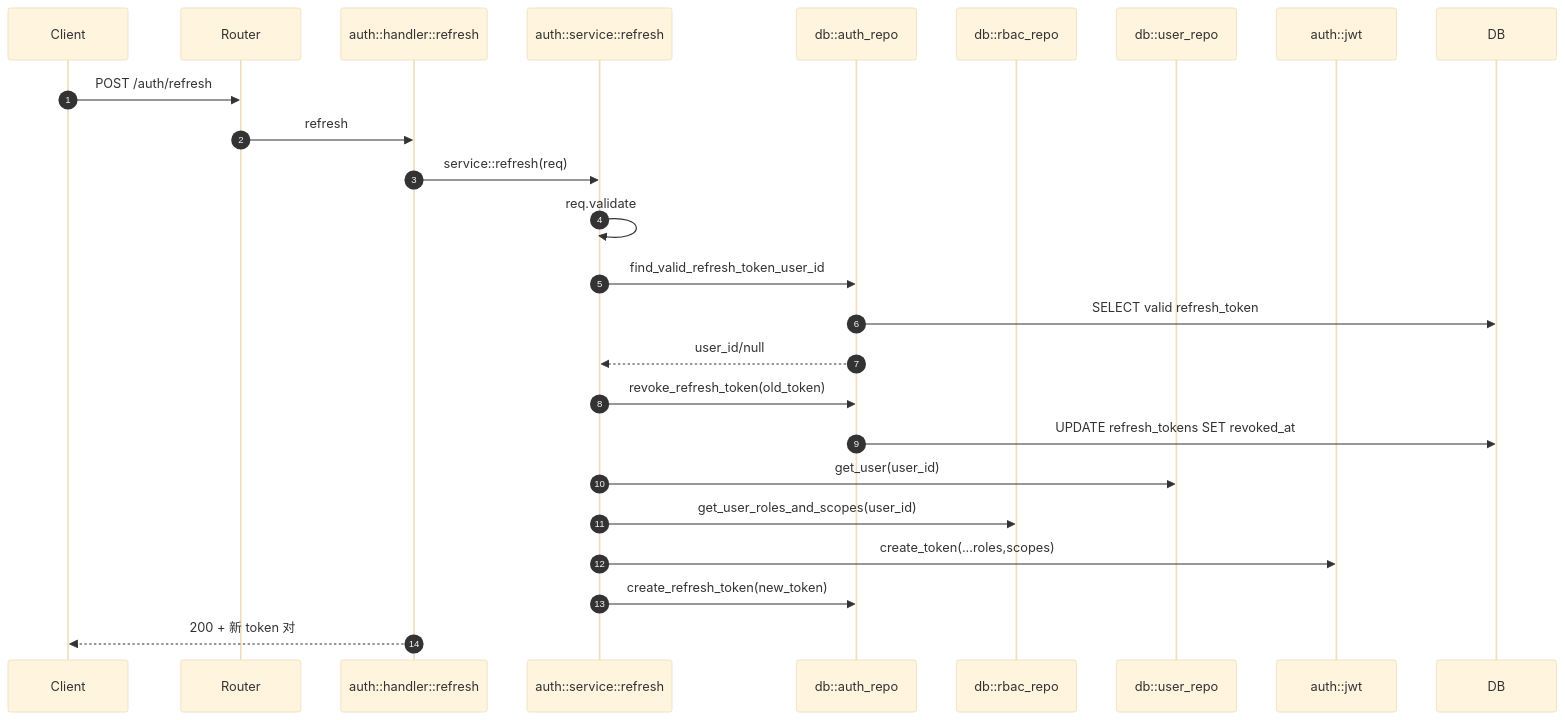
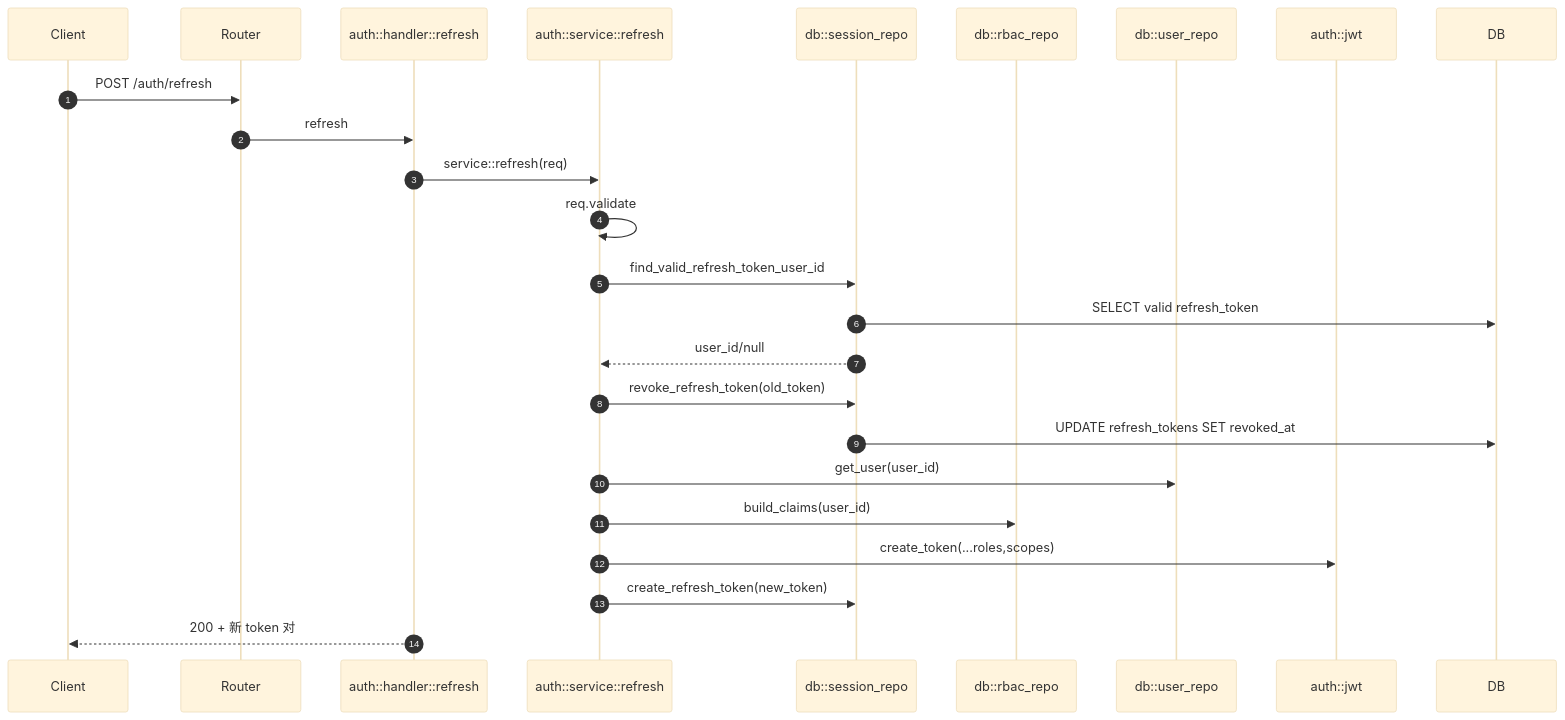
Before and after one commit to jianghs/babyegg-serve: the eighth of 9 diagrams in README.md, drawn with Mermaid (base theme). The commit also changed other lines of this file and 1 other file, not shown here.

Commit message:
docs(readme): sync auth and rbac architecture notes

````diff
--- a/README.md
+++ b/README.md
@@ -259,28 +305,28 @@
 ```mermaid
 sequenceDiagram
     autonumber
     participant Client
     participant Router
     participant Handler as auth::handler::refresh
     participant Service as auth::service::refresh
-    participant AuthRepo as db::auth_repo
+    participant SessionRepo as db::session_repo
     participant RbacRepo as db::rbac_repo
     participant UserRepo as db::user_repo
     participant Jwt as auth::jwt
     participant DB
 
     Client->>Router: POST /auth/refresh
     Router->>Handler: refresh
     Handler->>Service: service::refresh(req)
     Service->>Service: req.validate
-    Service->>AuthRepo: find_valid_refresh_token_user_id
-    AuthRepo->>DB: SELECT valid refresh_token
-    AuthRepo-->>Service: user_id/null
-    Service->>AuthRepo: revoke_refresh_token(old_token)
-    AuthRepo->>DB: UPDATE refresh_tokens SET revoked_at
+    Service->>SessionRepo: find_valid_refresh_token_user_id
+    SessionRepo->>DB: SELECT valid refresh_token
+    SessionRepo-->>Service: user_id/null
+    Service->>SessionRepo: revoke_refresh_token(old_token)
+    SessionRepo->>DB: UPDATE refresh_tokens SET revoked_at
     Service->>UserRepo: get_user(user_id)
-    Service->>RbacRepo: get_user_roles_and_scopes(user_id)
+    Service->>RbacRepo: build_claims(user_id)
     Service->>Jwt: create_token(...roles,scopes)
-    Service->>AuthRepo: create_refresh_token(new_token)
+    Service->>SessionRepo: create_refresh_token(new_token)
     Handler-->>Client: 200 + 新 token 对
 ```
````
